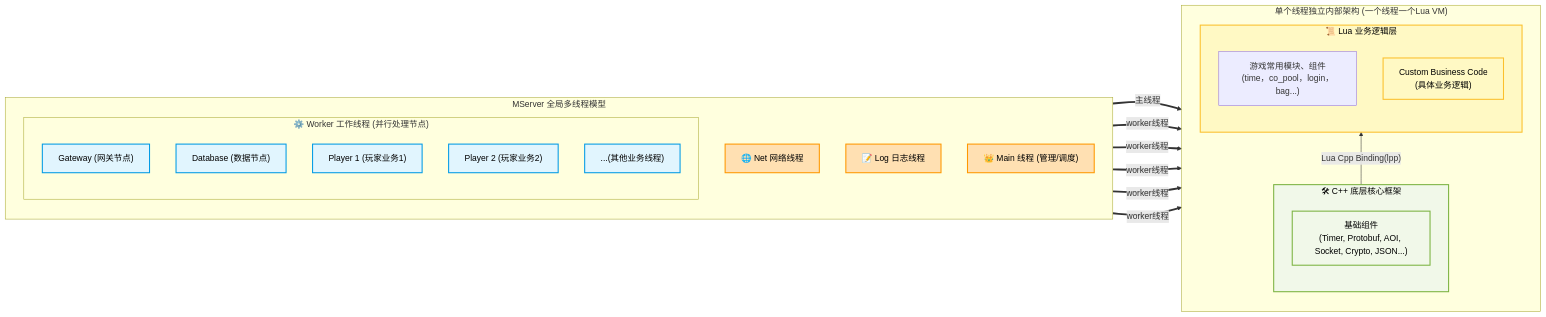
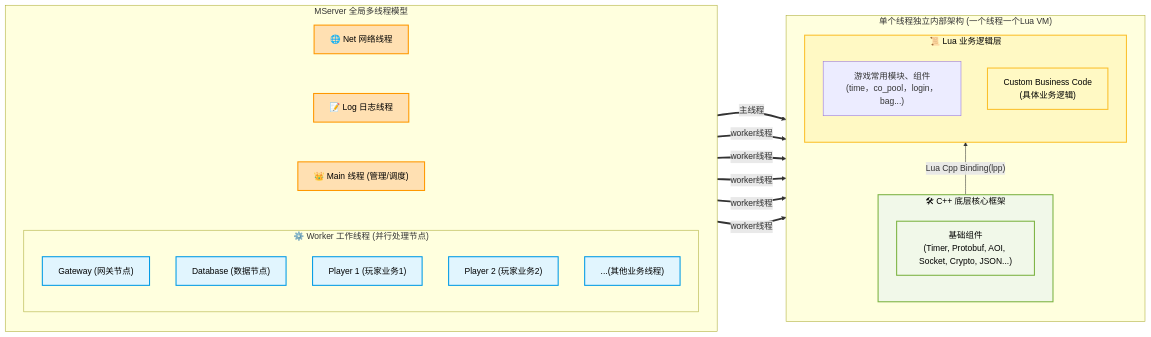
One commit to changnet/MServer changed the first of 2 diagrams in README.md. Above: the diagram before and after it, drawn with Mermaid. The commit also changed other lines of this file, not shown here.

````diff
--- a/README.md
+++ b/README.md
@@ -26,53 +26,53 @@
 ```mermaid
 graph LR
     subgraph ThreadModel ["MServer 全局多线程模型"]
         direction TB
         Net["🌐 Net 网络线程"]
         Log["📝 Log 日志线程"]
-
         Main["👑 Main 线程 (管理/调度)"]
 
         subgraph WorkerPool ["⚙️ Worker 工作线程 (并行处理节点)"]
             direction TB
             Gateway["Gateway (网关节点)"]
             Database["Database (数据节点)"]
             Player1["Player 1 (玩家业务1)"]
             Player2["Player 2 (玩家业务2)"]
             OtherWorkers["...(其他业务线程)"]
         end
+        Net ~~~ Log ~~~ Main ~~~ WorkerPool
     end
 
     subgraph ThreadArch ["单个线程独立内部架构 (一个线程一个Lua VM)"]
         direction BT
 
         subgraph CppLayer ["🛠 C++ 底层核心框架"]
             CoreComps["基础组件<br/>(Timer, Protobuf, AOI, Socket, Crypto, JSON...)"]
         end
 
         subgraph LuaLayer ["📜 Lua 业务逻辑层"]
             LuaComps["游戏常用模块、组件<br/>(time，co_pool，login，bag...)"]
             BizLogic["Custom Business Code<br/>(具体业务逻辑)"]
         end
 
         CppLayer -- "Lua Cpp Binding(lpp)" --> LuaLayer
     end
 
     %% 关联指示，表示这些线程都遵循这套内部隔离架构
     Main == "主线程" ==> ThreadArch
     Gateway == "worker线程" ==> ThreadArch
     Database == "worker线程" ==> ThreadArch
     Player1 == "worker线程" ==> ThreadArch
     Player2 == "worker线程" ==> ThreadArch
     OtherWorkers == "worker线程" ==> ThreadArch
 
     %% 样式表
     classDef core fill:#ffe0b2,stroke:#ff9800,stroke-width:2px,color:#000
     classDef worker fill:#e1f5fe,stroke:#039be5,stroke-width:2px,color:#000
     classDef cpp fill:#f1f8e9,stroke:#7cb342,stroke-width:2px,color:#000
     classDef lua fill:#fff9c4,stroke:#fbc02d,stroke-width:2px,color:#000
 
     class Net,Log,Main core
     class Gateway,Database,Player1,Player2,OtherWorkers worker
     class CppLayer,CoreComps cpp
     class LuaLayer,BizLogic lua
 ```
````
